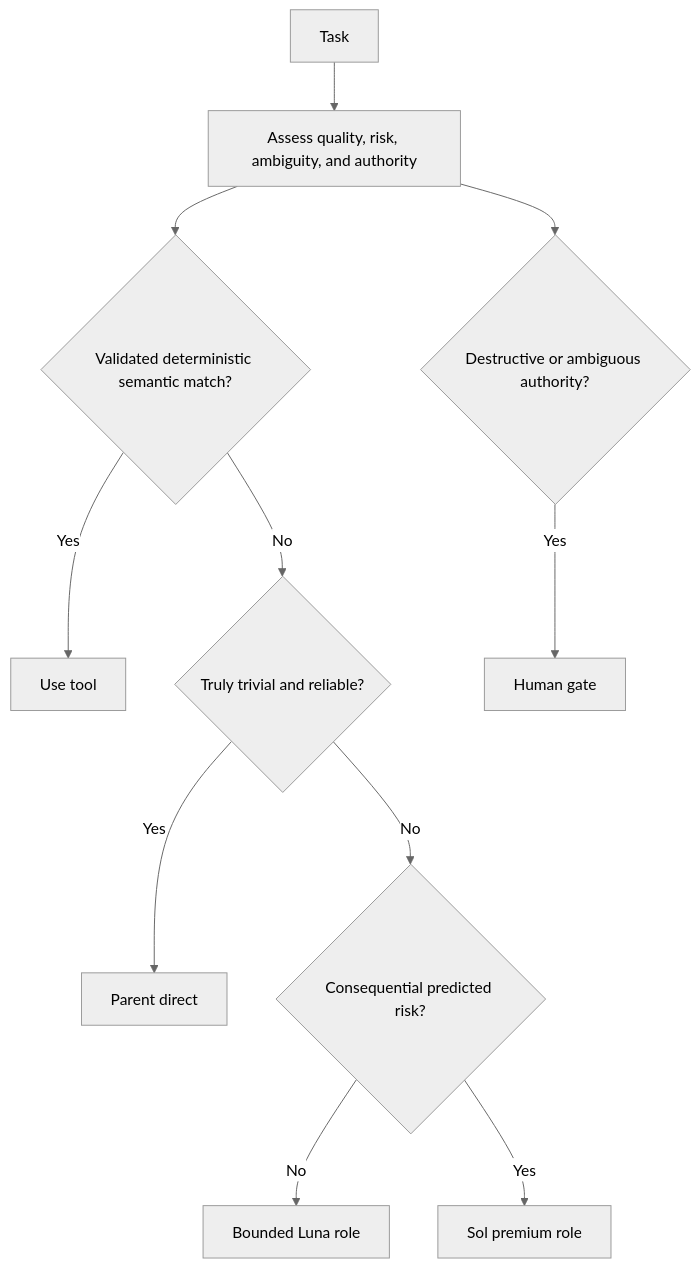
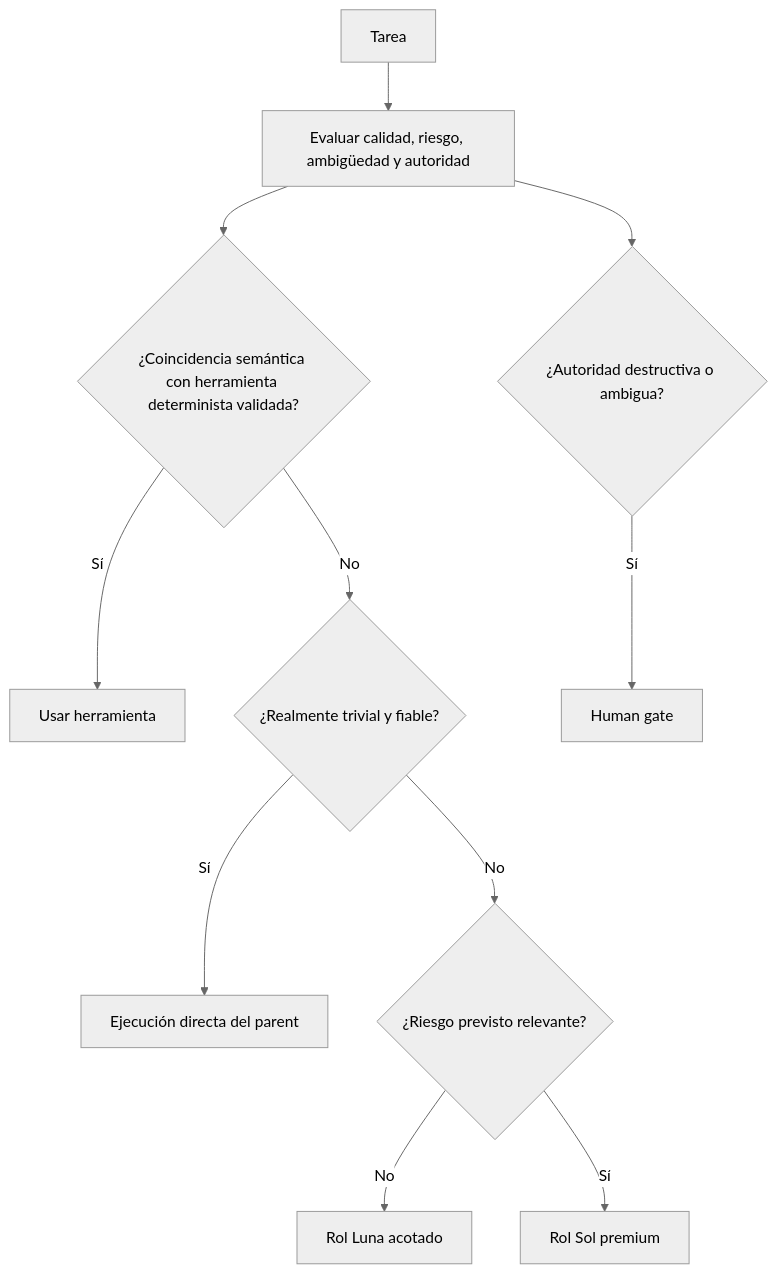
The diagram in docs/model-routing.md (der-kaffe/bio-harness), drawn with Mermaid (neutral theme) before and after one commit. The commit also changed other lines of this file and 27 other files, not shown here.

````diff
--- a/docs/model-routing.md
+++ b/docs/model-routing.md
@@ -29,13 +29,13 @@
 ```mermaid
 flowchart TD
-    T[Task] --> A[Assess quality, risk, ambiguity, and authority]
-    A --> M{Validated deterministic semantic match?}
-    M -->|Yes| TOOL[Use tool]
-    M -->|No| X{Truly trivial and reliable?}
-    X -->|Yes| DIRECT[Parent direct]
-    X -->|No| R{Consequential predicted risk?}
-    R -->|No| L[Bounded Luna role]
-    R -->|Yes| S[Sol premium role]
-    A --> H{Destructive or ambiguous authority?}
-    H -->|Yes| G[Human gate]
+    T[Tarea] --> A[Evaluar calidad, riesgo, ambigüedad y autoridad]
+    A --> M{¿Coincidencia semántica con herramienta determinista validada?}
+    M -->|Sí| TOOL[Usar herramienta]
+    M -->|No| X{¿Realmente trivial y fiable?}
+    X -->|Sí| DIRECT[Ejecución directa del parent]
+    X -->|No| R{¿Riesgo previsto relevante?}
+    R -->|No| L[Rol Luna acotado]
+    R -->|Sí| S[Rol Sol premium]
+    A --> H{¿Autoridad destructiva o ambigua?}
+    H -->|Sí| G[Human gate]
 ```
````
